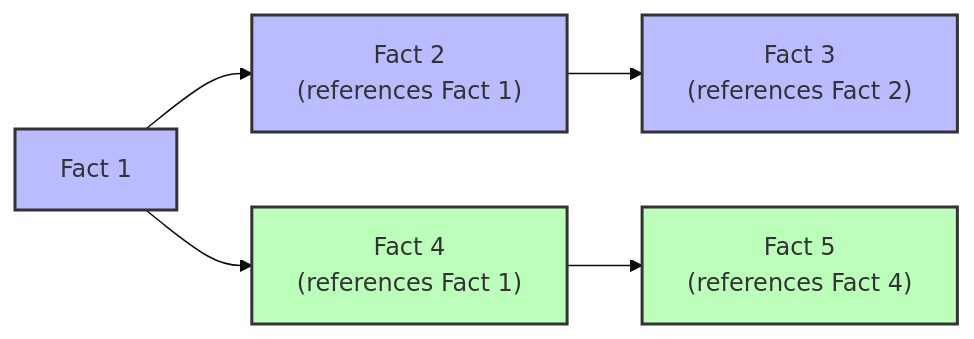
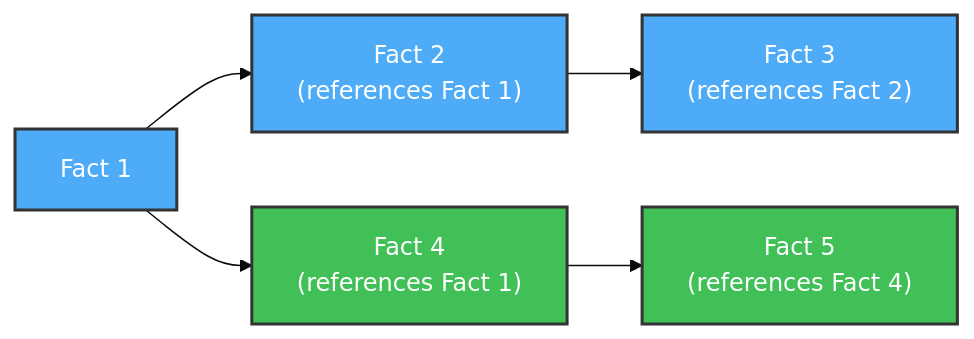
Before and after one commit to dialog-db/dialog-db: the third of 11 diagrams in notes/architecture overview.md, drawn with Mermaid (base theme). The commit also changed other lines of this file, not shown here.

````diff
--- a/notes/architecture overview.md
+++ b/notes/architecture overview.md
@@ -90,11 +90,11 @@
 ```mermaid
 flowchart LR
     F1["Fact 1"] --> F2["Fact 2<br/>(references Fact 1)"] --> F3["Fact 3<br/>(references Fact 2)"]
     F1 --> F4["Fact 4<br/>(references Fact 1)"] --> F5["Fact 5<br/>(references Fact 4)"]
 
-    style F1 fill:#bbf,stroke:#333,stroke-width:2px
-    style F2 fill:#bbf,stroke:#333,stroke-width:2px
-    style F3 fill:#bbf,stroke:#333,stroke-width:2px
-    style F4 fill:#bfb,stroke:#333,stroke-width:2px
-    style F5 fill:#bfb,stroke:#333,stroke-width:2px
+    style F1 fill:#4DABF7,stroke:#333,stroke-width:2px,color:#FFFFFF
+    style F2 fill:#4DABF7,stroke:#333,stroke-width:2px,color:#FFFFFF
+    style F3 fill:#4DABF7,stroke:#333,stroke-width:2px,color:#FFFFFF
+    style F4 fill:#40C057,stroke:#333,stroke-width:2px,color:#FFFFFF
+    style F5 fill:#40C057,stroke:#333,stroke-width:2px,color:#FFFFFF
 ```
````
